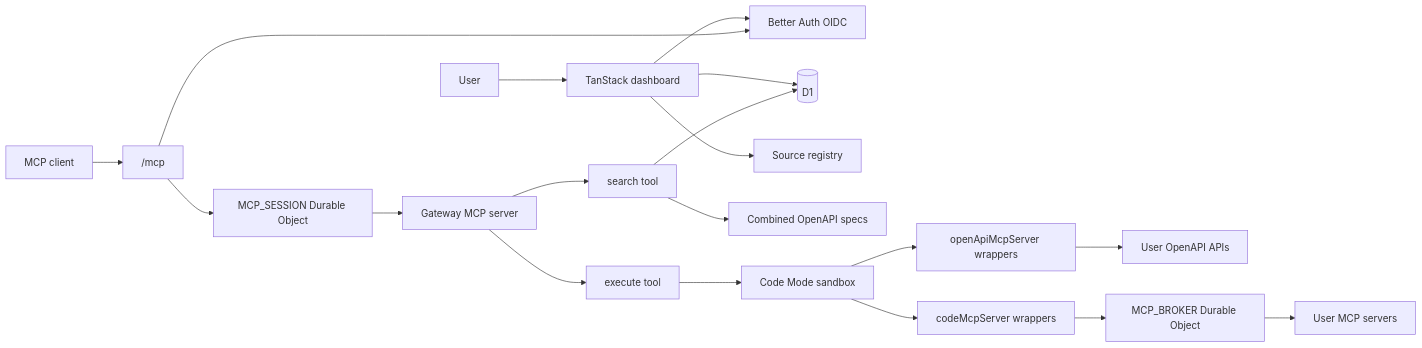
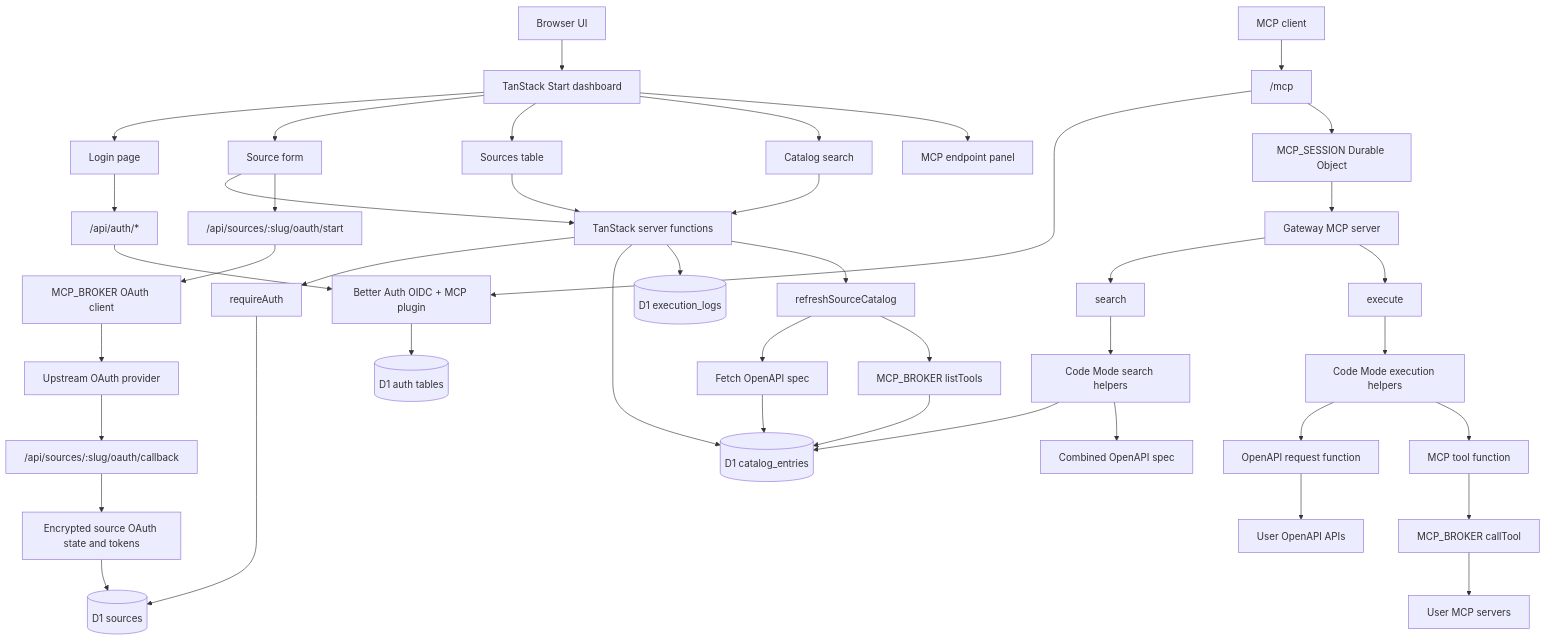
The diagram in README.md (corrreia/dev-mcp), drawn with Mermaid before and after one commit. The commit also changed other lines of this file and 6 other files, not shown here.

Commit message:
Harden gateway auth and refresh README

````diff
--- a/README.md
+++ b/README.md
@@ -28,26 +35,50 @@
 ```mermaid
-flowchart LR
-  User[User] --> UI[TanStack dashboard]
-  UI --> Auth[Better Auth OIDC]
-  UI --> D1[(D1)]
-  UI --> Sources[Source registry]
+flowchart TD
+  Browser[Browser UI] --> Dashboard[TanStack Start dashboard]
+  Dashboard --> Login[Login page]
+  Dashboard --> SourceForm[Source form]
+  Dashboard --> SourcesTable[Sources table]
+  Dashboard --> CatalogSearch[Catalog search]
+  Dashboard --> EndpointPanel[MCP endpoint panel]
 
-  Client[MCP client] --> MCP["/mcp"]
-  MCP --> Auth
-  MCP --> Session[MCP_SESSION Durable Object]
-  Session --> Gateway[Gateway MCP server]
+  Login --> AuthRoutes["/api/auth/*"]
+  AuthRoutes --> BetterAuth[Better Auth OIDC + MCP plugin]
+  BetterAuth --> AuthTables[(D1 auth tables)]
 
-  Gateway --> Search[search tool]
-  Gateway --> Execute[execute tool]
+  SourceForm --> ServerFns[TanStack server functions]
+  SourcesTable --> ServerFns
+  CatalogSearch --> ServerFns
+  ServerFns --> RequireAuth[requireAuth]
+  RequireAuth --> Sources[(D1 sources)]
+  ServerFns --> Catalog[(D1 catalog_entries)]
+  ServerFns --> Logs[(D1 execution_logs)]
 
-  Search --> D1
-  Search --> Specs[Combined OpenAPI specs]
+  ServerFns --> Refresh[refreshSourceCatalog]
+  Refresh --> OpenApiSpec[Fetch OpenAPI spec]
+  Refresh --> BrokerList[MCP_BROKER listTools]
+  OpenApiSpec --> Catalog
+  BrokerList --> Catalog
 
-  Execute --> CodeMode[Code Mode sandbox]
-  CodeMode --> OpenAPI[openApiMcpServer wrappers]
-  CodeMode --> MCPWrap[codeMcpServer wrappers]
+  SourceForm --> OAuthStart["/api/sources/:slug/oauth/start"]
+  OAuthStart --> BrokerOAuth[MCP_BROKER OAuth client]
+  BrokerOAuth --> OAuthProvider[Upstream OAuth provider]
+  OAuthProvider --> OAuthCallback["/api/sources/:slug/oauth/callback"]
+  OAuthCallback --> EncryptedTokens[Encrypted source OAuth state and tokens]
+  EncryptedTokens --> Sources
 
-  OpenAPI --> APIs[User OpenAPI APIs]
-  MCPWrap --> Broker[MCP_BROKER Durable Object]
-  Broker --> UpstreamMCP[User MCP servers]
+  MCPClient[MCP client] --> McpEndpoint["/mcp"]
+  McpEndpoint --> BetterAuth
+  McpEndpoint --> McpSession[MCP_SESSION Durable Object]
+  McpSession --> Gateway[Gateway MCP server]
+  Gateway --> SearchTool[search]
+  Gateway --> ExecuteTool[execute]
+  SearchTool --> CodeModeSearch[Code Mode search helpers]
+  ExecuteTool --> CodeModeExecute[Code Mode execution helpers]
+  CodeModeSearch --> Catalog
+  CodeModeSearch --> CombinedSpec[Combined OpenAPI spec]
+  CodeModeExecute --> OpenApiRequest[OpenAPI request function]
+  CodeModeExecute --> McpTool[MCP tool function]
+  OpenApiRequest --> UserApis[User OpenAPI APIs]
+  McpTool --> BrokerCall[MCP_BROKER callTool]
+  BrokerCall --> UpstreamMCP[User MCP servers]
 ```
````
